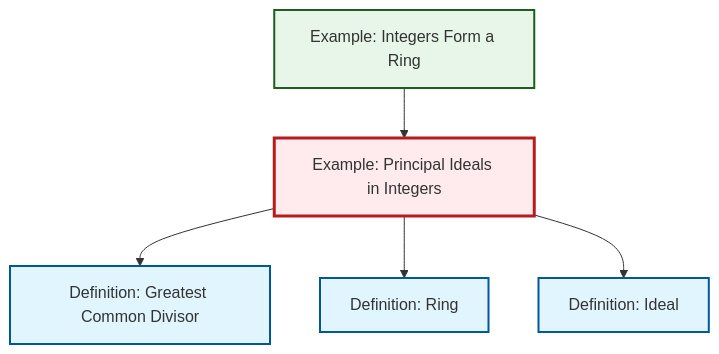
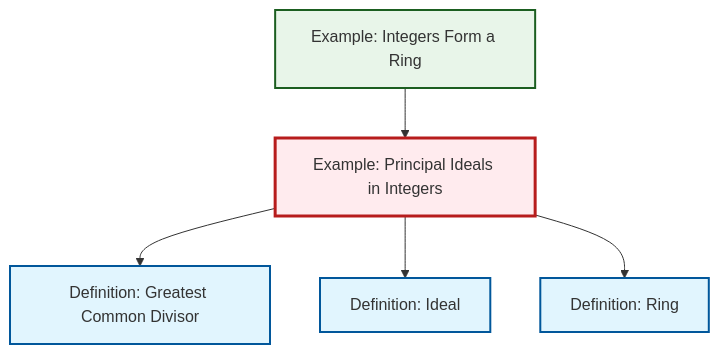
Before and after one commit to RK0429/ModernMath: the diagram in content/ja/algebra/ex-principal-ideal.qmd, drawn with Mermaid. The commit also changed other lines of this file and 474 other files, not shown here.

````diff
--- a/content/ja/algebra/ex-principal-ideal.qmd
+++ b/content/ja/algebra/ex-principal-ideal.qmd
@@ -64,23 +64,23 @@
 ```{mermaid}
 %%| fig-cap: "Local dependency graph"
 graph TD
     classDef definition fill:#e1f5fe,stroke:#01579b,stroke-width:2px
     classDef theorem fill:#f3e5f5,stroke:#4a148c,stroke-width:2px
     classDef axiom fill:#fff3e0,stroke:#e65100,stroke-width:2px
     classDef example fill:#e8f5e9,stroke:#1b5e20,stroke-width:2px
     classDef current fill:#ffebee,stroke:#b71c1c,stroke-width:3px
-    def-ring["Definition: Ring"]:::definition
+    def-ideal["Definition: Ideal"]:::definition
     def-gcd["Definition: Greatest Common Divisor"]:::definition
     ex-principal-ideal["Example: Principal Ideals in Integers"]:::example
+    def-ring["Definition: Ring"]:::definition
     ex-integers-ring["Example: Integers Form a Ring"]:::example
-    def-ideal["Definition: Ideal"]:::definition
+    ex-integers-ring --> ex-principal-ideal
     ex-principal-ideal --> def-gcd
+    ex-principal-ideal --> def-ideal
     ex-principal-ideal --> def-ring
-    ex-integers-ring --> ex-principal-ideal
-    ex-principal-ideal --> def-ideal
     class ex-principal-ideal current
+    click def-ideal "def-ideal.html" "Definition: Idealへ"
+    click def-gcd "def-gcd.html" "Definition: Greatest Common Divisorへ"
     click def-ring "def-ring.html" "Definition: Ringへ"
-    click def-gcd "def-gcd.html" "Definition: Greatest Common Divisorへ"
     click ex-integers-ring "ex-integers-ring.html" "Example: Integers Form a Ringへ"
-    click def-ideal "def-ideal.html" "Definition: Idealへ"
 ```
````
